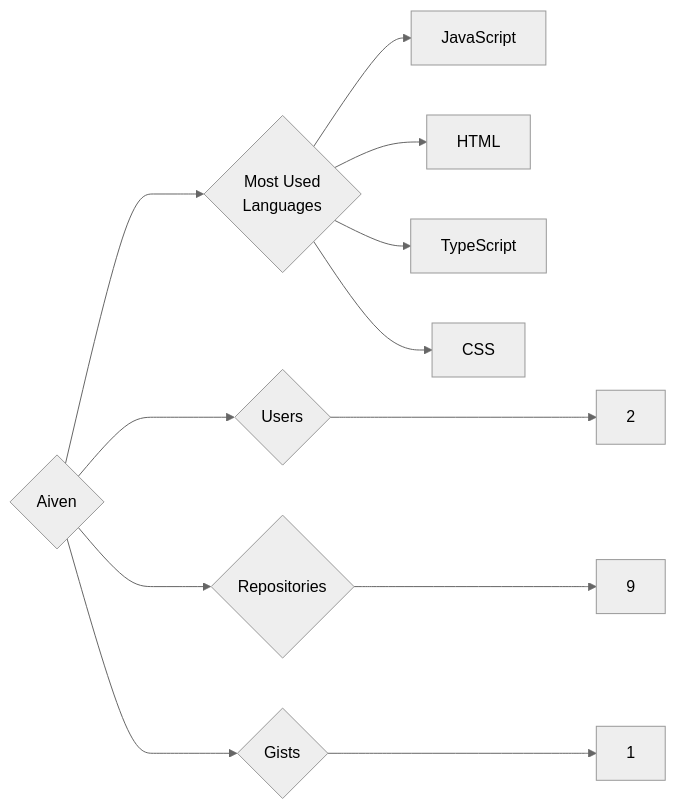
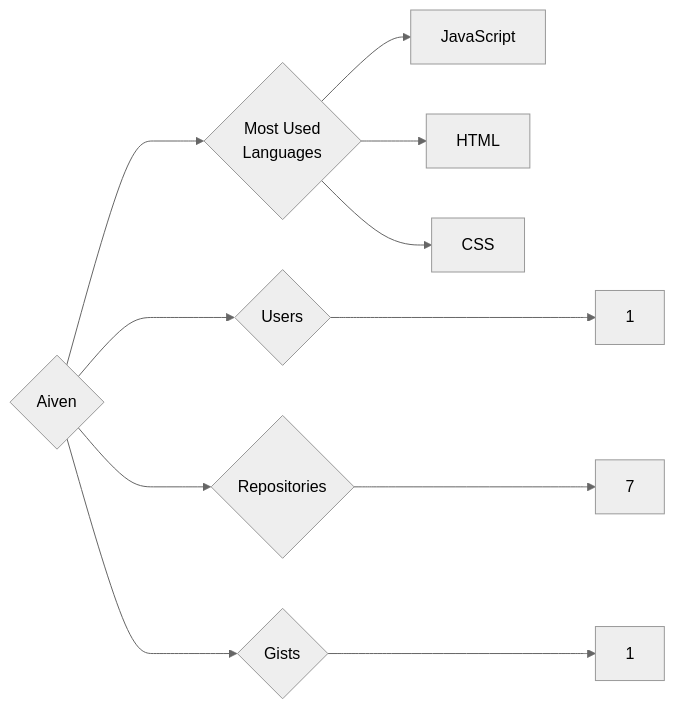
Before and after one commit to trickest/insiders: the diagram in targets/Aiven/README.md, drawn with Mermaid (neutral theme). The commit also changed 1141 other files, not shown here.

````diff
--- a/targets/Aiven/README.md
+++ b/targets/Aiven/README.md
@@ -3,12 +3,11 @@
 ```mermaid
 graph LR
 COMPANY_NAME{Aiven}
-COMPANY_NAME ---> U{Users} ---> UN[2]
-COMPANY_NAME ---> R{Repositories} ---> RN[9]
+COMPANY_NAME ---> U{Users} ---> UN[1]
+COMPANY_NAME ---> R{Repositories} ---> RN[7]
 COMPANY_NAME ---> G{Gists} ---> GN[1]
 COMPANY_NAME ---> ML{Most Used<br>Languages}
 ML --> JavaScript[JavaScript]
 ML --> HTML[HTML]
-ML --> TypeScript[TypeScript]
 ML --> CSS[CSS]
 ```
````
